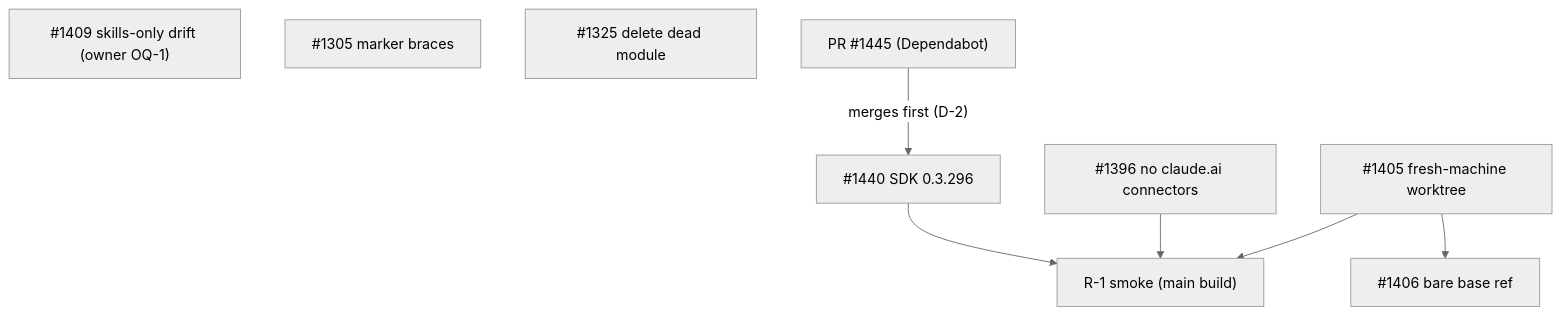
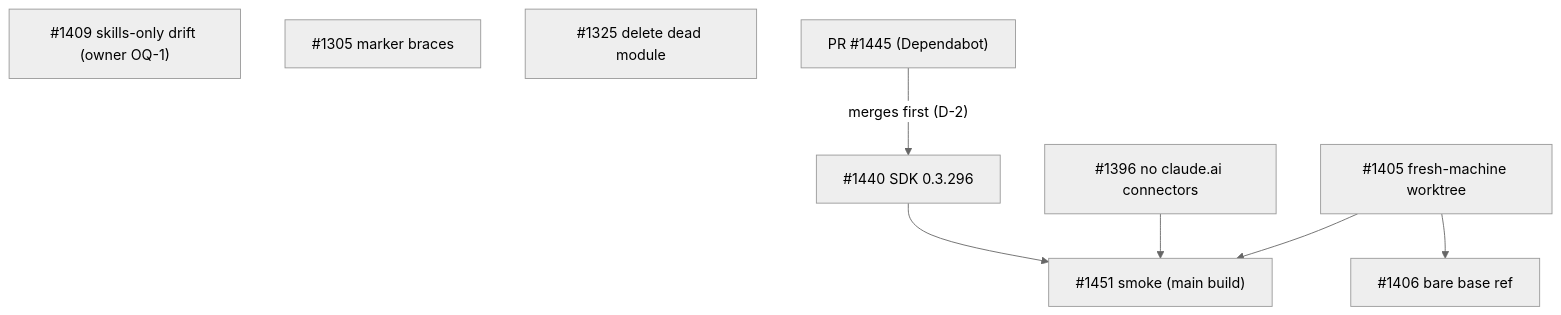
Before and after one commit to sequant-io/sequant: the diagram in docs/internal/graph-2026-10-freeze-b/issue-graph.md, drawn with Mermaid (neutral theme). The commit also changed other lines of this file and 4 other files, not shown here.

First line of the commit message:
docs(graph): graph-2026-10-freeze-b filed — tracker #1452, smoke node #1451, owner rulings OQ-1 and OQ-4

````diff
--- a/docs/internal/graph-2026-10-freeze-b/issue-graph.md
+++ b/docs/internal/graph-2026-10-freeze-b/issue-graph.md
@@ -27,11 +27,11 @@
 ```mermaid
 graph TD
-  N1440["#1440 SDK 0.3.296"] --> R1["R-1 smoke (main build)"]
-  N1396["#1396 no claude.ai connectors"] --> R1
-  N1405["#1405 fresh-machine worktree"] --> R1
+  N1440["#1440 SDK 0.3.296"] --> N1451["#1451 smoke (main build)"]
+  N1396["#1396 no claude.ai connectors"] --> N1451
+  N1405["#1405 fresh-machine worktree"] --> N1451
   N1405 --> N1406["#1406 bare base ref"]
   N1409["#1409 skills-only drift (owner OQ-1)"]
   N1305["#1305 marker braces"]
   N1325["#1325 delete dead module"]
   N1445["PR #1445 (Dependabot)"] -- "merges first (D-2)" --> N1440
 ```
````
